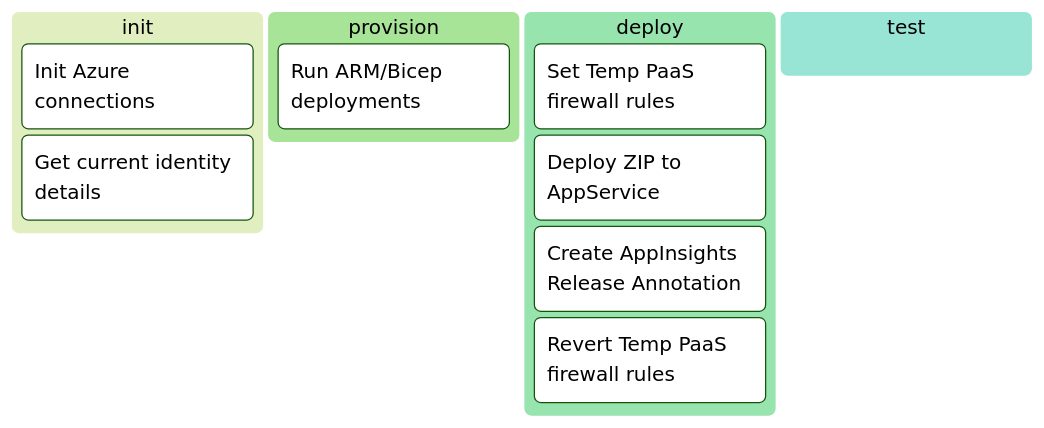
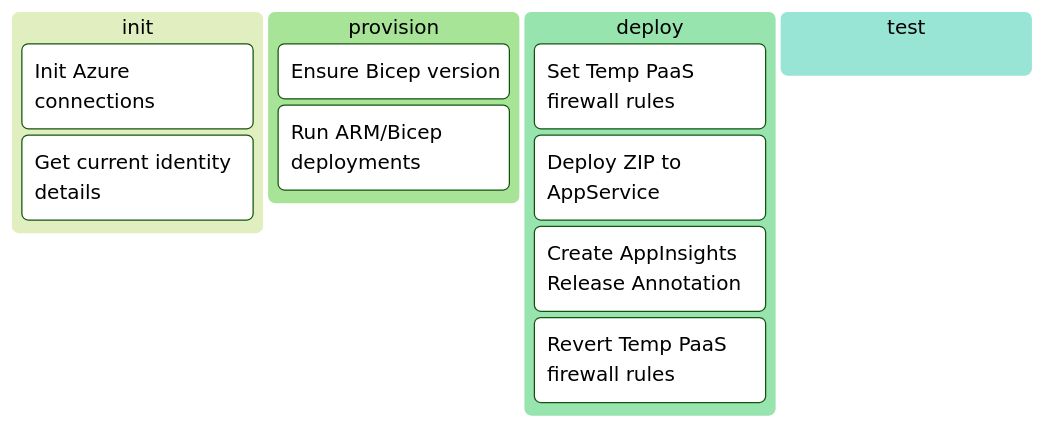
One commit to zerofailed/ZeroFailed.Deploy.Azure changed the diagram in README.md. Above: the diagram before and after it, drawn with Mermaid (forest theme). The commit also changed 9 other files, not shown here.

Commit message:
Add support for managing Bicep CLI version (#8)

````diff
--- a/README.md
+++ b/README.md
@@ -29,14 +29,15 @@
 ```mermaid
 kanban
     init
         connectAzure[Init Azure connections]
         getDepId[Get current identity details]
     provision
+        ensureBicep[Ensure Bicep version]
         deployArm[Run ARM/Bicep deployments]
     deploy
         setFw[Set Temp PaaS firewall rules]
         depAppSvcZip[Deploy ZIP to AppService]
         aiRelAnnot[Create AppInsights Release Annotation]
         undoFw[Revert Temp PaaS firewall rules]
     test
 ```
````
